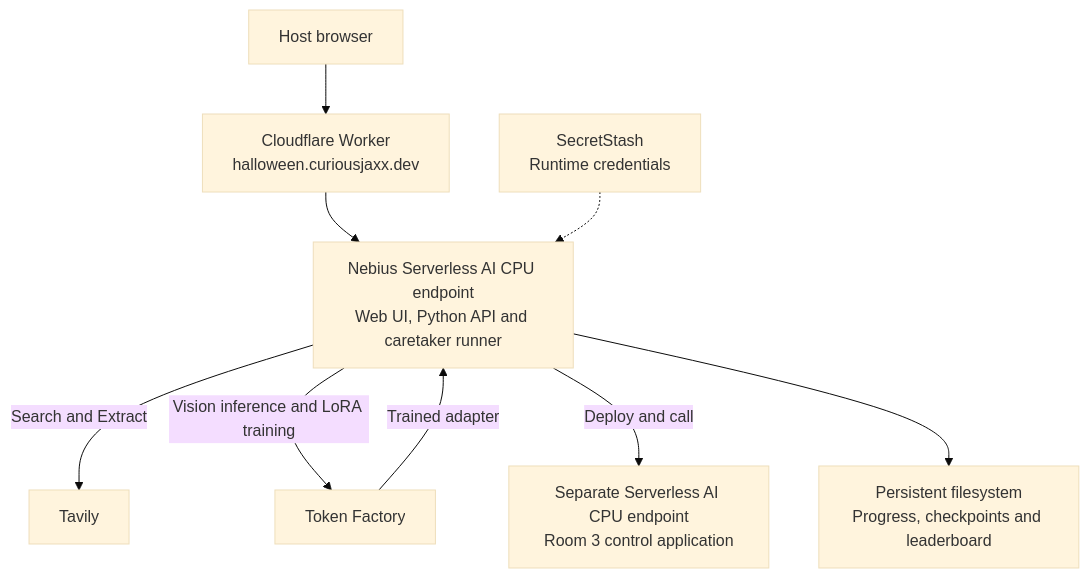
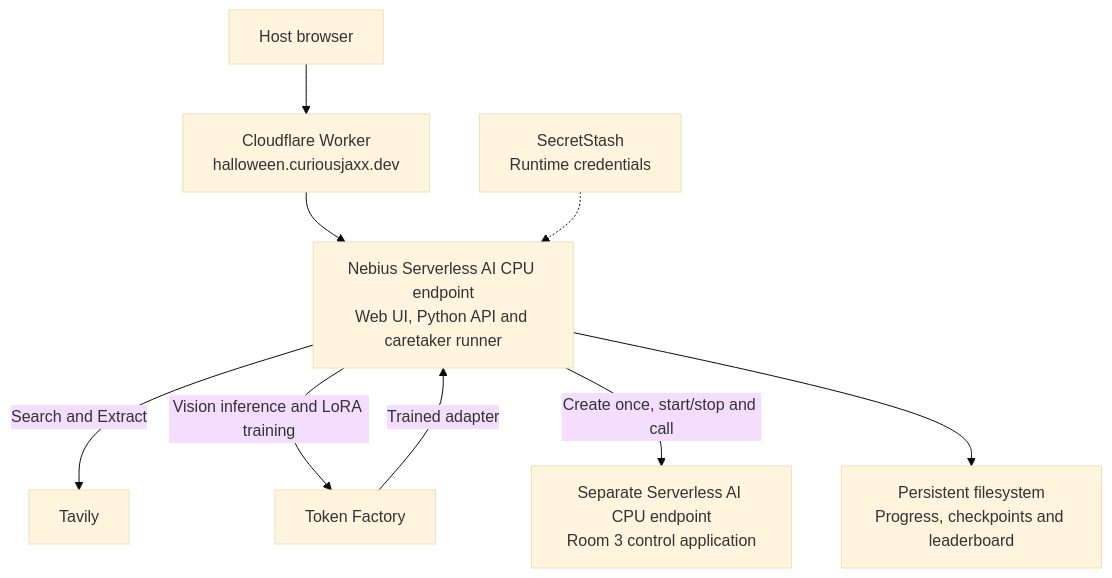
One commit to gogococo/haunted-datacenter changed the diagram in README.md. Above: the diagram before and after it, drawn with Mermaid (base theme). The commit also changed other lines of this file and 5 other files, not shown here.

Commit message:
Reuse cooling controller CPU across shifts and stop it after play

````diff
--- a/README.md
+++ b/README.md
@@ -53,11 +53,11 @@
 ```mermaid
 flowchart TD
     Browser[Host browser] --> Edge[Cloudflare Worker<br/>halloween.curiousjaxx.dev]
     Edge --> Game[Nebius Serverless AI CPU endpoint<br/>Web UI, Python API and caretaker runner]
     Game -->|Search and Extract| Tavily[Tavily]
     Game -->|Vision inference and LoRA training| TF[Token Factory]
     TF -->|Trained adapter| Game
-    Game -->|Deploy and call| Cooling[Separate Serverless AI CPU endpoint<br/>Room 3 control application]
+    Game -->|Create once, start/stop and call| Cooling[Separate Serverless AI CPU endpoint<br/>Room 3 control application]
     Game --> Storage[Persistent filesystem<br/>Progress, checkpoints and leaderboard]
     Secrets[SecretStash<br/>Runtime credentials] -.-> Game
 ```
````
